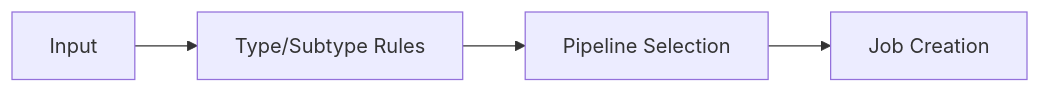
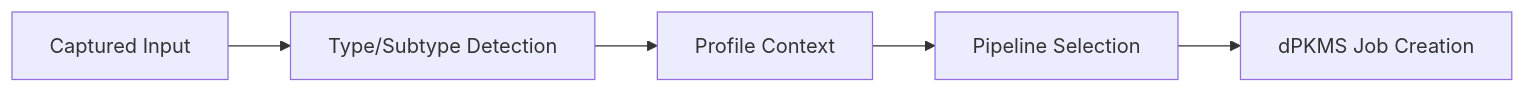
The second of 5 diagrams in docs/architecture.md (ContextHelp/ContextHelp), drawn with Mermaid before and after one commit. The commit also changed other lines of this file and 127 other files, not shown here.

````diff
--- a/docs/architecture.md
+++ b/docs/architecture.md
@@ -205,6 +471,7 @@
 ```mermaid
 flowchart LR
-    A[Input] --> B[Type/Subtype Rules]
-    B --> C[Pipeline Selection]
-    C --> D[Job Creation]
+    A[Captured Input] --> B[Type/Subtype Detection]
+    B --> C[Profile Context]
+    C --> D[Pipeline Selection]
+    D --> E[dPKMS Job Creation]
 ```
````
